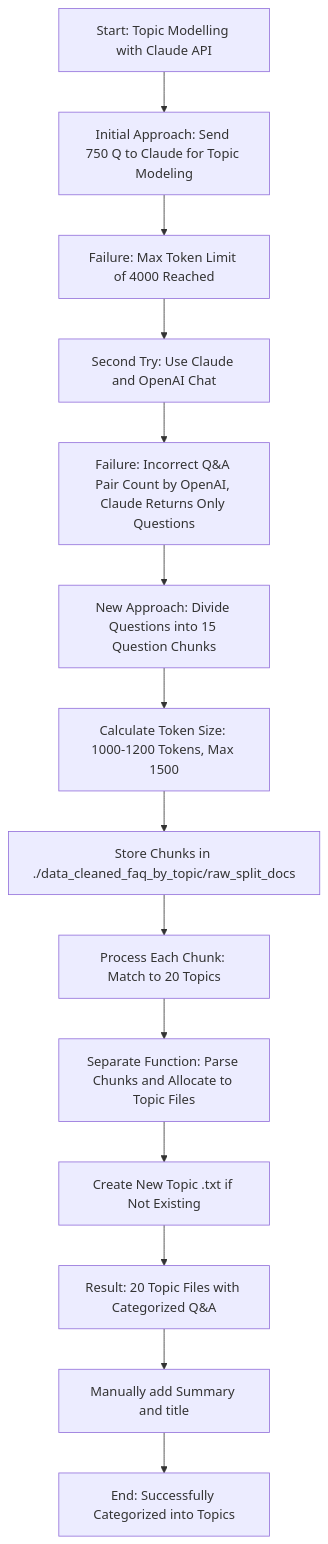
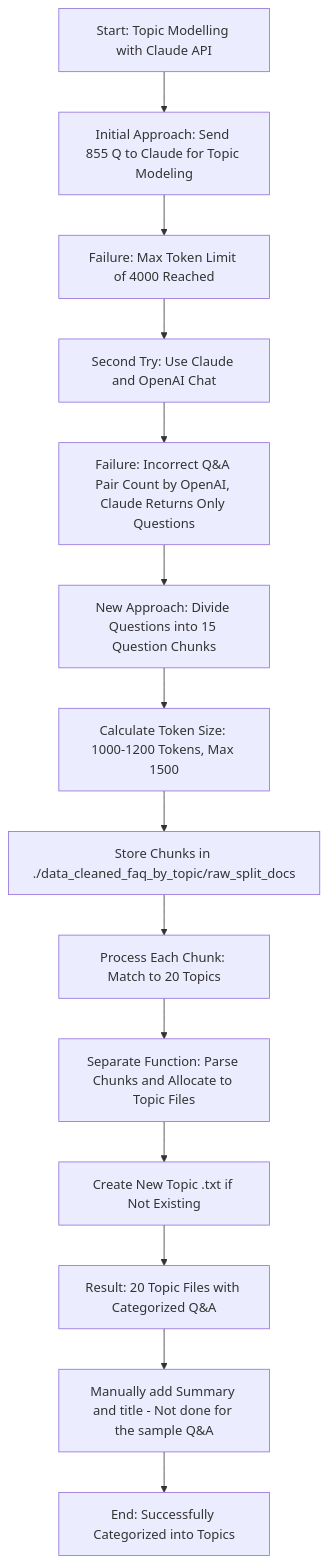
Before and after one commit to jayozer/poppykids_chat: the diagram in README.md, drawn with Mermaid. The commit also changed other lines of this file, not shown here.

````diff
--- a/README.md
+++ b/README.md
@@ -35,17 +35,17 @@
 ```mermaid
 flowchart TD;
-    A[Start: Topic Modelling with Claude API] --> B[Initial Approach: Send 750 Q to Claude for Topic Modeling];
+    A[Start: Topic Modelling with Claude API] --> B[Initial Approach: Send 855 Q to Claude for Topic Modeling];
     B --> C[Failure: Max Token Limit of 4000 Reached];
     C --> D[Second Try: Use Claude and OpenAI Chat];
     D --> E[Failure: Incorrect Q&A Pair Count by OpenAI, Claude Returns Only Questions];
     E --> F[New Approach: Divide Questions into 15 Question Chunks];
     F --> G[Calculate Token Size: 1000-1200 Tokens, Max 1500];
     G --> H[Store Chunks in ./data_cleaned_faq_by_topic/raw_split_docs];
     H --> I[Process Each Chunk: Match to 20 Topics];
     I --> J[Separate Function: Parse Chunks and Allocate to Topic Files];
     J --> K[Create New Topic .txt if Not Existing];
     K --> L[Result: 20 Topic Files with Categorized Q&A];
-    L --> M[Manually add Summary and title]
+    L --> M[Manually add Summary and title - Not done for the sample Q&A]
     M --> N[End: Successfully Categorized into Topics];
     
 ```
````
